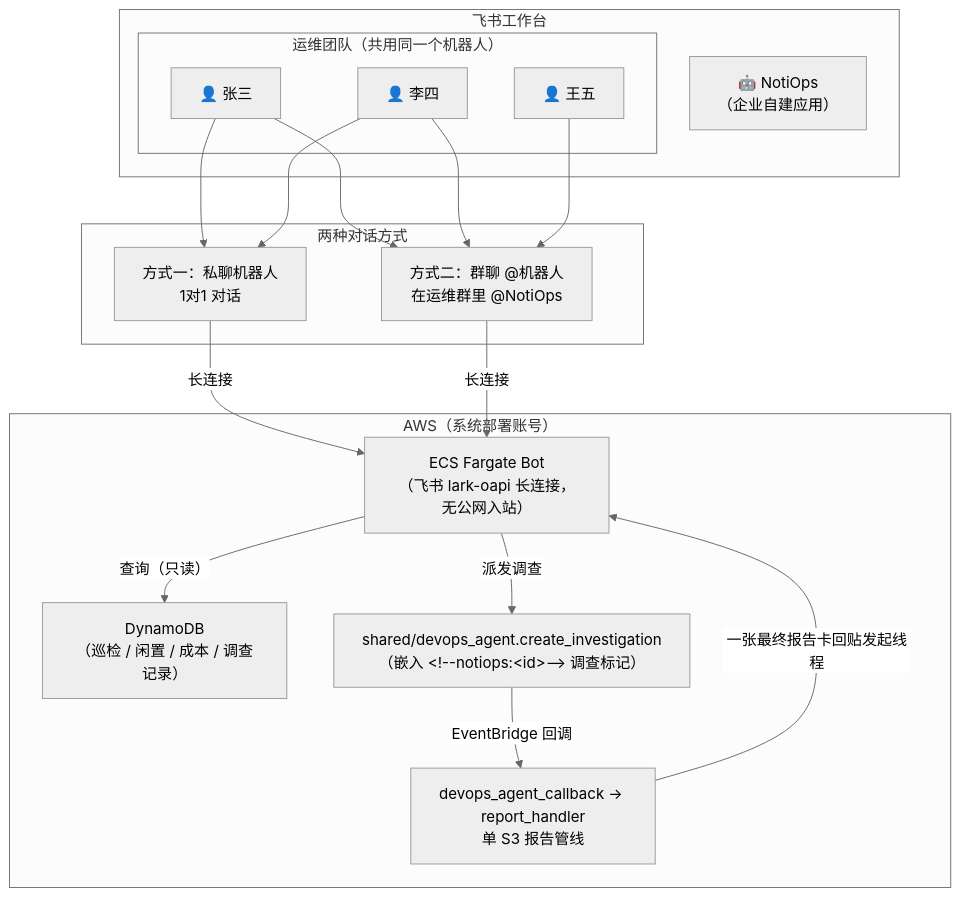
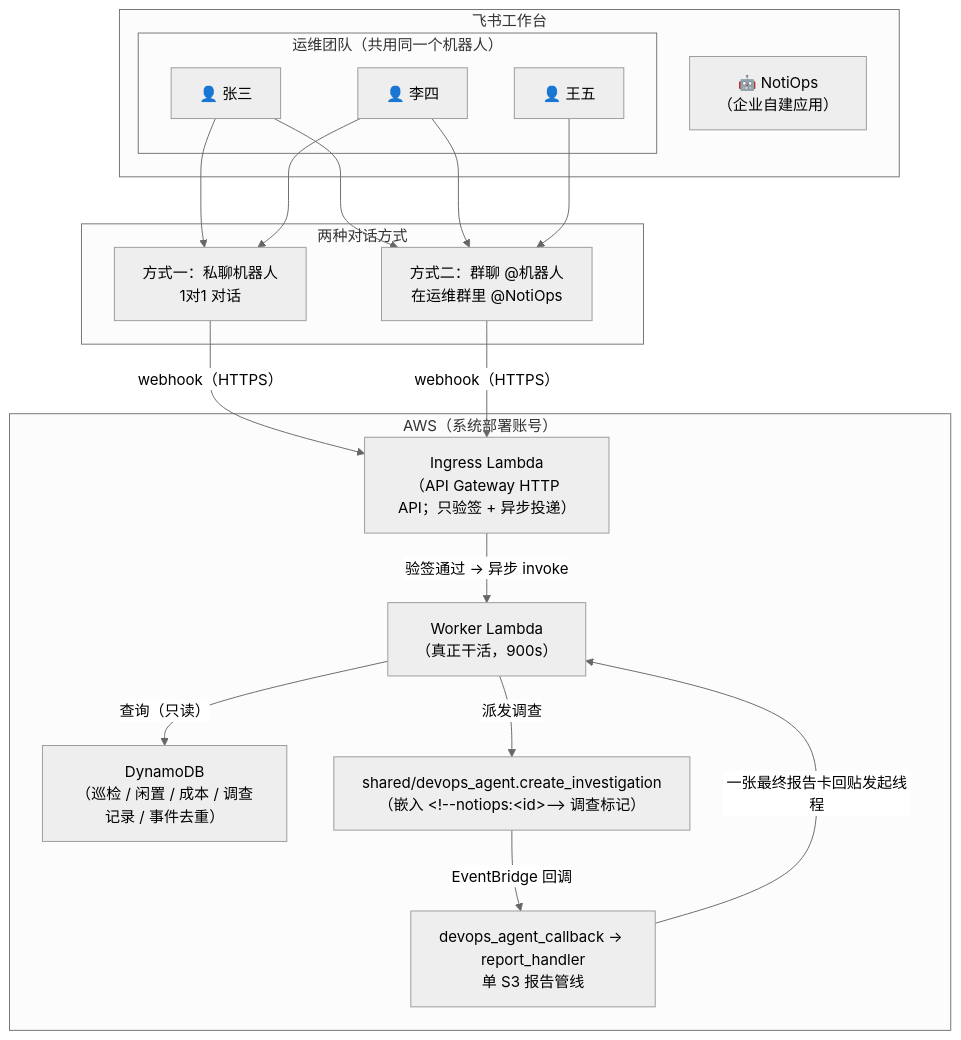
One commit to aws-samples/sample-notiops changed the first of 6 diagrams in docs/im-bot-interaction.md. Above: the diagram before and after it, drawn with Mermaid (neutral theme). The commit also changed other lines of this file and 372 other files, not shown here.

````diff
--- a/docs/im-bot-interaction.md
+++ b/docs/im-bot-interaction.md
@@ -13,37 +13,39 @@
 ```mermaid
 graph TB
     subgraph Feishu["飞书工作台"]
         Bot["🤖 NotiOps<br/>（企业自建应用）"]
 
         subgraph Users["运维团队（共用同一个机器人）"]
             User1["👤 张三"]
             User2["👤 李四"]
             User3["👤 王五"]
         end
     end
 
     subgraph Interaction["两种对话方式"]
         DM["方式一：私聊机器人<br/>1对1 对话"]
         Group["方式二：群聊 @机器人<br/>在运维群里 @NotiOps"]
     end
 
     subgraph AWS["AWS（系统部署账号）"]
-        ECS["ECS Fargate Bot<br/>（飞书 lark-oapi 长连接，无公网入站）"]
-        DDB["DynamoDB<br/>（巡检 / 闲置 / 成本 / 调查记录）"]
+        Ingress["Ingress Lambda<br/>（API Gateway HTTP API；只验签 + 异步投递）"]
+        Worker["Worker Lambda<br/>（真正干活，900s）"]
+        DDB["DynamoDB<br/>（巡检 / 闲置 / 成本 / 调查记录 / 事件去重）"]
         Investigate["shared/devops_agent.create_investigation<br/>（嵌入 &lt;!--notiops:&lt;id&gt;--&gt; 调查标记）"]
         Report["devops_agent_callback → report_handler<br/>单 S3 报告管线"]
     end
 
     User1 --> DM
     User1 --> Group
     User2 --> DM
     User2 --> Group
     User3 --> Group
 
-    DM -->|长连接| ECS
-    Group -->|长连接| ECS
-    ECS -->|"查询（只读）"| DDB
-    ECS -->|"派发调查"| Investigate
+    DM -->|"webhook（HTTPS）"| Ingress
+    Group -->|"webhook（HTTPS）"| Ingress
+    Ingress -->|"验签通过 → 异步 invoke"| Worker
+    Worker -->|"查询（只读）"| DDB
+    Worker -->|"派发调查"| Investigate
     Investigate -->|EventBridge 回调| Report
-    Report -->|"一张最终报告卡回贴发起线程"| ECS
+    Report -->|"一张最终报告卡回贴发起线程"| Worker
 ```
````
